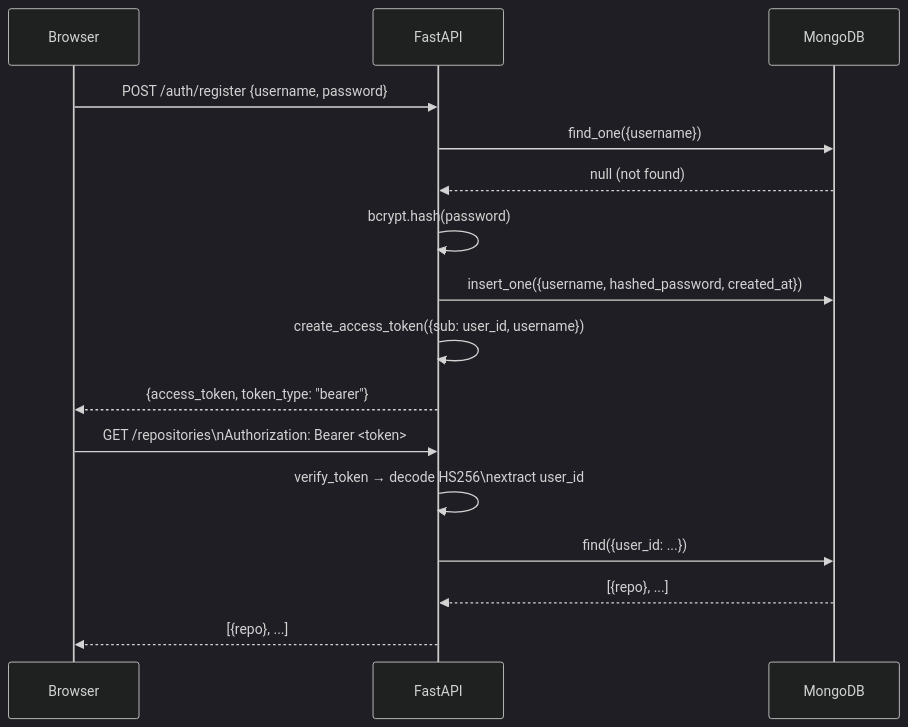
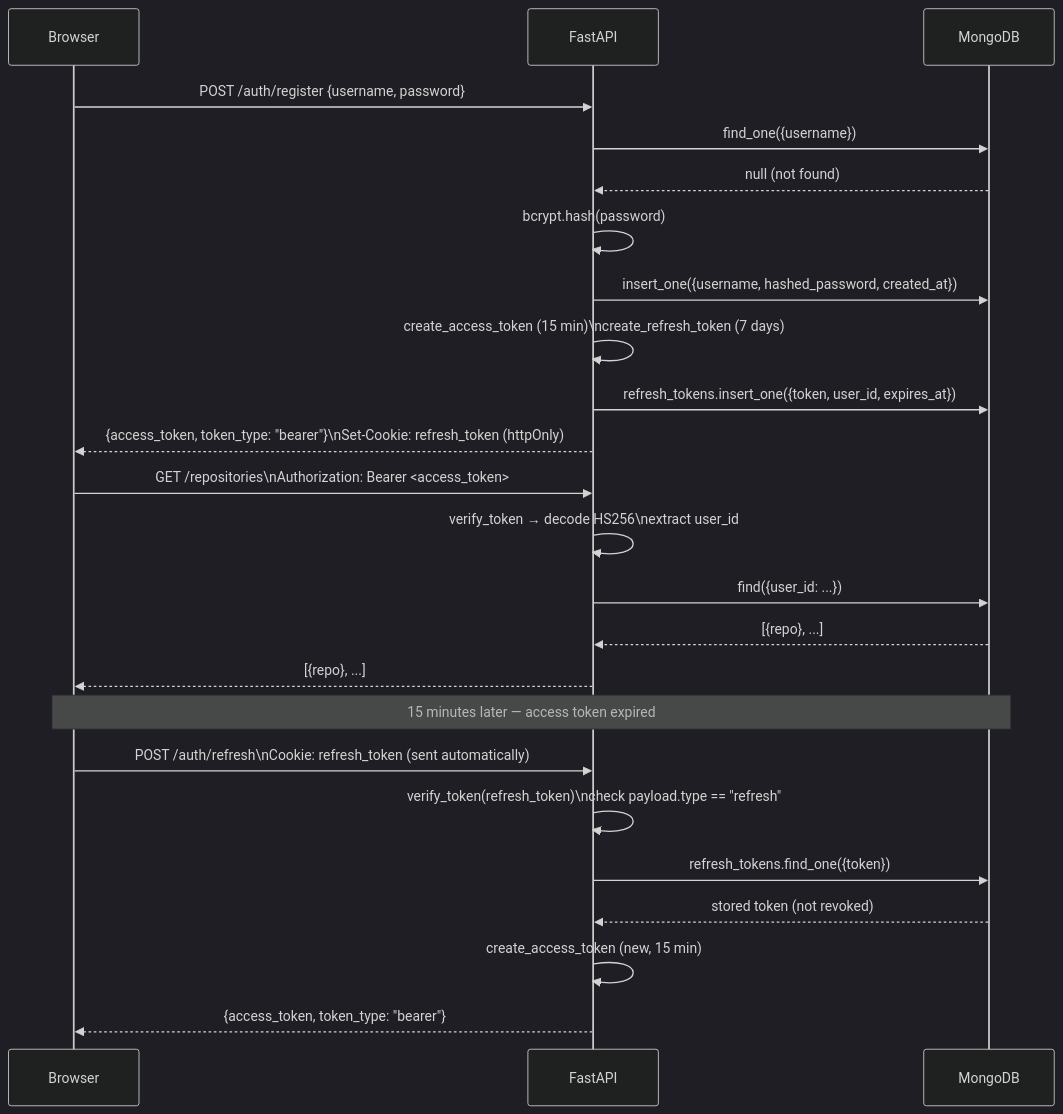
The seventh of 7 diagrams in ARCHITECTURE.md (shivam-tamboli/AI-CodeBase-Assistant), drawn with Mermaid (dark theme) before and after one commit. The commit also changed other lines of this file, not shown here.

First line of the commit message:
docs: fix SSE data-flow direction and stale auth details in ARCHITECTURE.md

````diff
--- a/ARCHITECTURE.md
+++ b/ARCHITECTURE.md
@@ -295,20 +300,29 @@
 ```mermaid
 sequenceDiagram
     participant Browser
     participant FastAPI
     participant MongoDB
 
     Browser->>FastAPI: POST /auth/register {username, password}
     FastAPI->>MongoDB: find_one({username})
     MongoDB-->>FastAPI: null (not found)
     FastAPI->>FastAPI: bcrypt.hash(password)
     FastAPI->>MongoDB: insert_one({username, hashed_password, created_at})
-    FastAPI->>FastAPI: create_access_token({sub: user_id, username})
-    FastAPI-->>Browser: {access_token, token_type: "bearer"}
+    FastAPI->>FastAPI: create_access_token (15 min)\ncreate_refresh_token (7 days)
+    FastAPI->>MongoDB: refresh_tokens.insert_one({token, user_id, expires_at})
+    FastAPI-->>Browser: {access_token, token_type: "bearer"}\nSet-Cookie: refresh_token (httpOnly)
 
-    Browser->>FastAPI: GET /repositories\nAuthorization: Bearer <token>
+    Browser->>FastAPI: GET /repositories\nAuthorization: Bearer <access_token>
     FastAPI->>FastAPI: verify_token → decode HS256\nextract user_id
     FastAPI->>MongoDB: find({user_id: ...})
     MongoDB-->>FastAPI: [{repo}, ...]
     FastAPI-->>Browser: [{repo}, ...]
+
+    Note over Browser,MongoDB: 15 minutes later — access token expired
+    Browser->>FastAPI: POST /auth/refresh\nCookie: refresh_token (sent automatically)
+    FastAPI->>FastAPI: verify_token(refresh_token)\ncheck payload.type == "refresh"
+    FastAPI->>MongoDB: refresh_tokens.find_one({token})
+    MongoDB-->>FastAPI: stored token (not revoked)
+    FastAPI->>FastAPI: create_access_token (new, 15 min)
+    FastAPI-->>Browser: {access_token, token_type: "bearer"}
 ```
````
